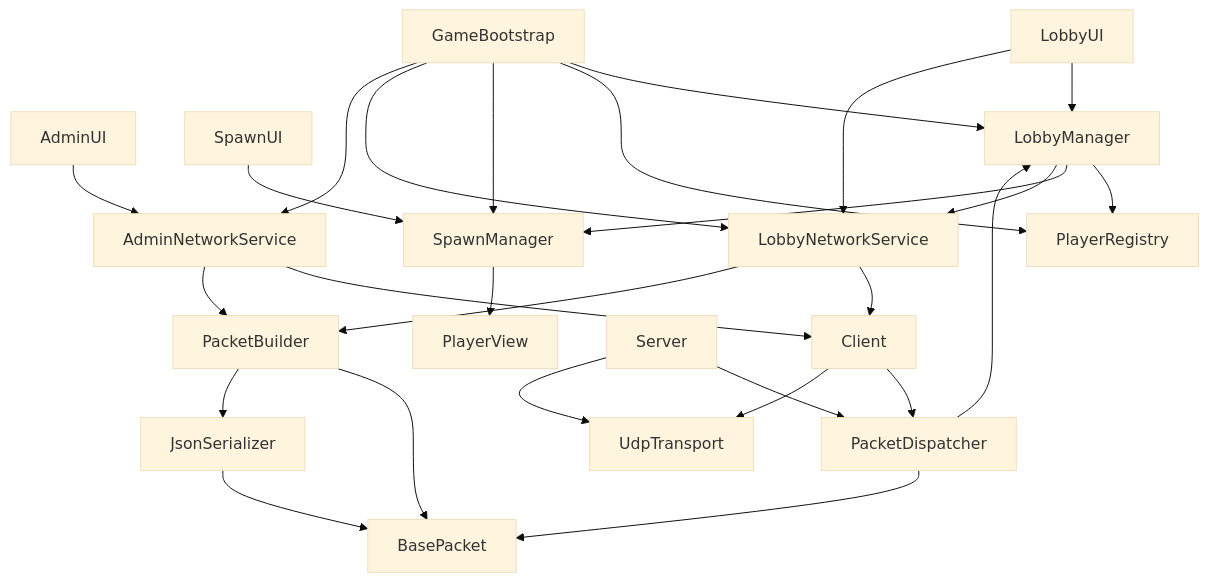
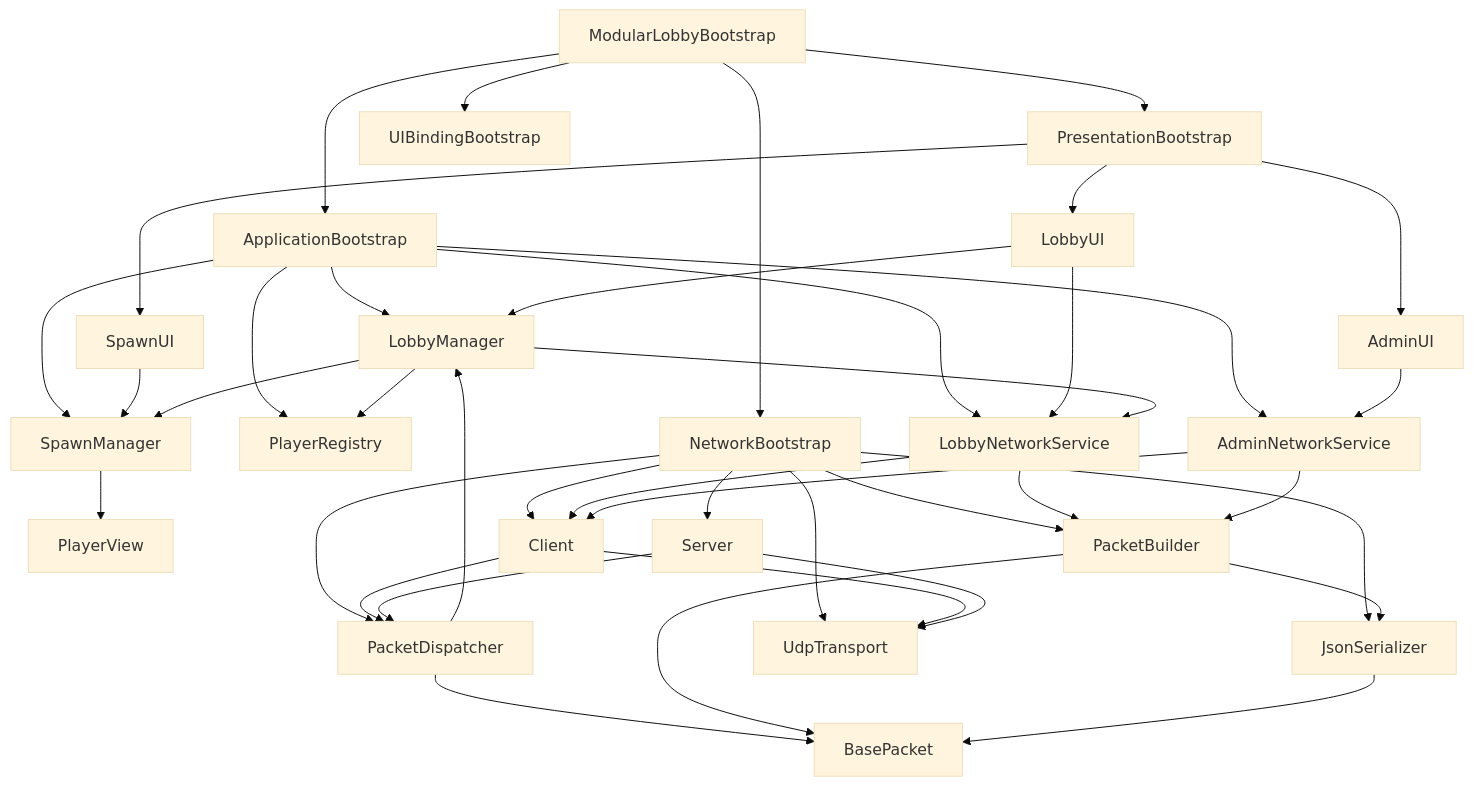
Before and after one commit to sebas64mil/red-hunt: the diagram in README.md, drawn with Mermaid (base theme). The commit also changed other lines of this file, not shown here.

````diff
--- a/README.md
+++ b/README.md
@@ -108,56 +125,76 @@
 ```mermaid
 flowchart TB
-    GameBootstrap["GameBootstrap"]
-    LobbyUI["LobbyUI"]
-    AdminUI["AdminUI"]
-    SpawnUI["SpawnUI"]
+  ModularLobbyBootstrap["ModularLobbyBootstrap"]
+  ApplicationBootstrap["ApplicationBootstrap"]
+  NetworkBootstrap["NetworkBootstrap"]
+  PresentationBootstrap["PresentationBootstrap"]
+  UIBindingBootstrap["UIBindingBootstrap"]
 
-    PlayerRegistry["PlayerRegistry"]
-    SpawnManager["SpawnManager"]
-    PlayerView["PlayerView"]
-    LobbyManager["LobbyManager"]
-    LobbyNetworkService["LobbyNetworkService"]
-    AdminNetworkService["AdminNetworkService"]
+  LobbyUI["LobbyUI"]
+  AdminUI["AdminUI"]
+  SpawnUI["SpawnUI"]
 
-    Client["Client"]
-    Server["Server"]
-    PacketDispatcher["PacketDispatcher"]
-    PacketBuilder["PacketBuilder"]
-    BasePacket["BasePacket"]
-    JsonSerializer["JsonSerializer"]
-    UdpTransport["UdpTransport"]
+  PlayerRegistry["PlayerRegistry"]
+  SpawnManager["SpawnManager"]
+  PlayerView["PlayerView"]
+  LobbyManager["LobbyManager"]
+  LobbyNetworkService["LobbyNetworkService"]
+  AdminNetworkService["AdminNetworkService"]
 
-    %% Primer nivel
-    GameBootstrap --> LobbyManager
-    GameBootstrap --> PlayerRegistry
-    GameBootstrap --> SpawnManager
-    GameBootstrap --> LobbyNetworkService
-    GameBootstrap --> AdminNetworkService
-    
-    %% UI
-    LobbyUI --> LobbyManager
-    LobbyUI --> LobbyNetworkService
-    AdminUI --> AdminNetworkService
-    SpawnUI --> SpawnManager
+  Client["Client"]
+  Server["Server"]
+  PacketDispatcher["PacketDispatcher"]
+  PacketBuilder["PacketBuilder"]
+  BasePacket["BasePacket"]
+  JsonSerializer["JsonSerializer"]
+  UdpTransport["UdpTransport"]
 
-    %% Application
-    LobbyManager --> PlayerRegistry
-    LobbyManager --> SpawnManager
-    LobbyManager --> LobbyNetworkService
-    LobbyNetworkService --> Client
-    LobbyNetworkService --> PacketBuilder
-    AdminNetworkService --> Client
-    AdminNetworkService --> PacketBuilder
-    SpawnManager --> PlayerView
+  %% Orquestación principal
+  ModularLobbyBootstrap --> ApplicationBootstrap
+  ModularLobbyBootstrap --> NetworkBootstrap
+  ModularLobbyBootstrap --> PresentationBootstrap
+  ModularLobbyBootstrap --> UIBindingBootstrap
 
-    %% Network
-    Client --> PacketDispatcher
-    Client --> UdpTransport
-    Server --> PacketDispatcher
-    Server --> UdpTransport
-    PacketDispatcher --> BasePacket
-    PacketDispatcher --> LobbyManager
-    PacketBuilder --> BasePacket
-    PacketBuilder --> JsonSerializer
-    JsonSerializer --> BasePacket
+  %% UI
+  PresentationBootstrap --> LobbyUI
+  PresentationBootstrap --> AdminUI
+  PresentationBootstrap --> SpawnUI
+
+  %% Application
+  ApplicationBootstrap --> PlayerRegistry
+  ApplicationBootstrap --> LobbyManager
+  ApplicationBootstrap --> SpawnManager
+  ApplicationBootstrap --> LobbyNetworkService
+  ApplicationBootstrap --> AdminNetworkService
+
+  %% Network
+  NetworkBootstrap --> Client
+  NetworkBootstrap --> Server
+  NetworkBootstrap --> PacketDispatcher
+  NetworkBootstrap --> PacketBuilder
+  NetworkBootstrap --> UdpTransport
+  NetworkBootstrap --> JsonSerializer
+
+  %% Flujos cruzados
+  LobbyUI --> LobbyManager
+  LobbyUI --> LobbyNetworkService
+  AdminUI --> AdminNetworkService
+  SpawnUI --> SpawnManager
+  LobbyManager --> PlayerRegistry
+  LobbyManager --> SpawnManager
+  LobbyManager --> LobbyNetworkService
+  LobbyNetworkService --> Client
+  LobbyNetworkService --> PacketBuilder
+  AdminNetworkService --> Client
+  AdminNetworkService --> PacketBuilder
+  SpawnManager --> PlayerView
+  Client --> PacketDispatcher
+  Client --> UdpTransport
+  Server --> PacketDispatcher
+  Server --> UdpTransport
+  PacketDispatcher --> BasePacket
+  PacketDispatcher --> LobbyManager
+  PacketBuilder --> BasePacket
+  PacketBuilder --> JsonSerializer
+  JsonSerializer --> BasePacket
 ```
````
